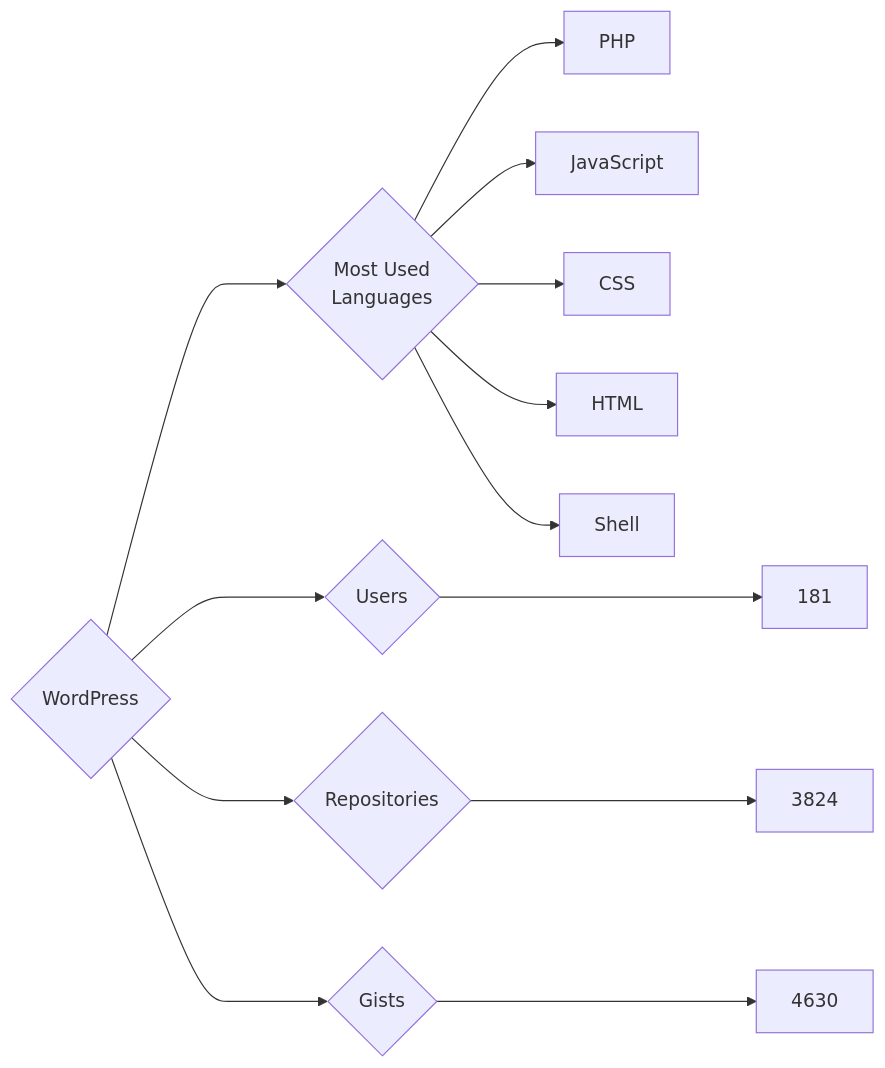
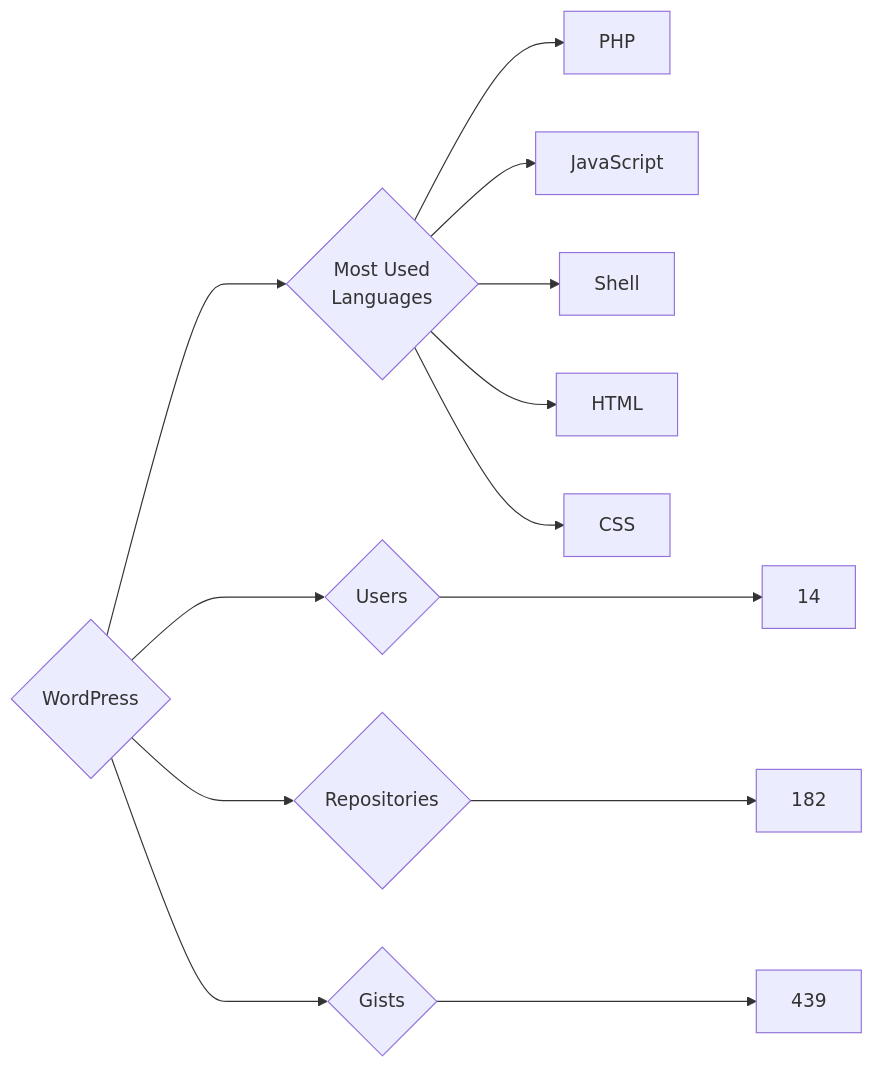
The diagram in targets/WordPress/README.md (trickest/insiders), drawn with Mermaid before and after one commit. The commit also changed 878 other files, not shown here.

````diff
--- a/targets/WordPress/README.md
+++ b/targets/WordPress/README.md
@@ -3,13 +3,13 @@
 ```mermaid
 graph LR
 COMPANY_NAME{WordPress}
-COMPANY_NAME ---> U{Users} ---> UN[181]
-COMPANY_NAME ---> R{Repositories} ---> RN[3824]
-COMPANY_NAME ---> G{Gists} ---> GN[4630]
+COMPANY_NAME ---> U{Users} ---> UN[14]
+COMPANY_NAME ---> R{Repositories} ---> RN[182]
+COMPANY_NAME ---> G{Gists} ---> GN[439]
 COMPANY_NAME ---> ML{Most Used<br>Languages}
 ML --> PHP[PHP]
 ML --> JavaScript[JavaScript]
+ML --> Shell[Shell]
+ML --> HTML[HTML]
 ML --> CSS[CSS]
-ML --> HTML[HTML]
-ML --> Shell[Shell]
 ```
````
